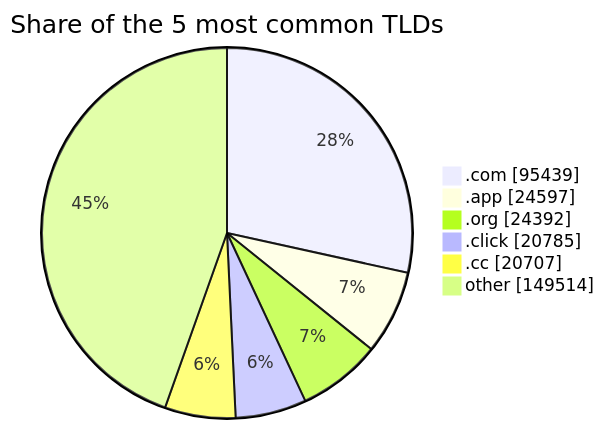
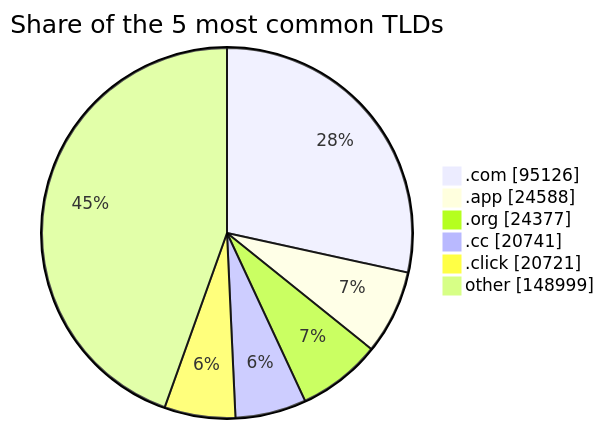
Before and after one commit to DNSBunker/CTI: the third of 3 diagrams in README.md, drawn with Mermaid. The commit also changed other lines of this file and 4 other files, not shown here.

````diff
--- a/README.md
+++ b/README.md
@@ -81,9 +81,9 @@
 ```mermaid
 pie showData title Share of the 5 most common TLDs
-    ".com" : 95439
-    ".app" : 24597
-    ".org" : 24392
-    ".click" : 20785
-    ".cc" : 20707
-    "other" : 149514
+    ".com" : 95126
+    ".app" : 24588
+    ".org" : 24377
+    ".cc" : 20741
+    ".click" : 20721
+    "other" : 148999
 ```
````
